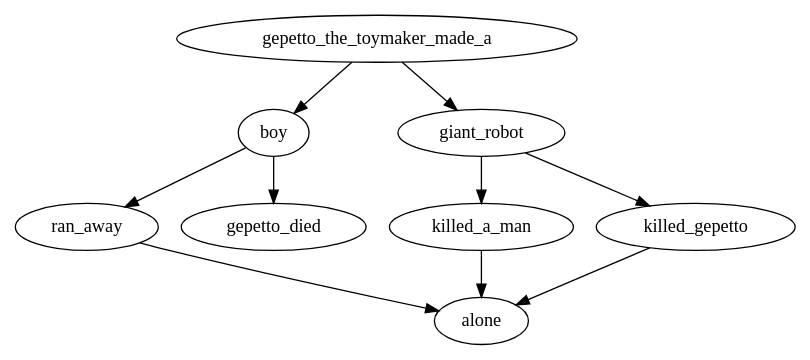
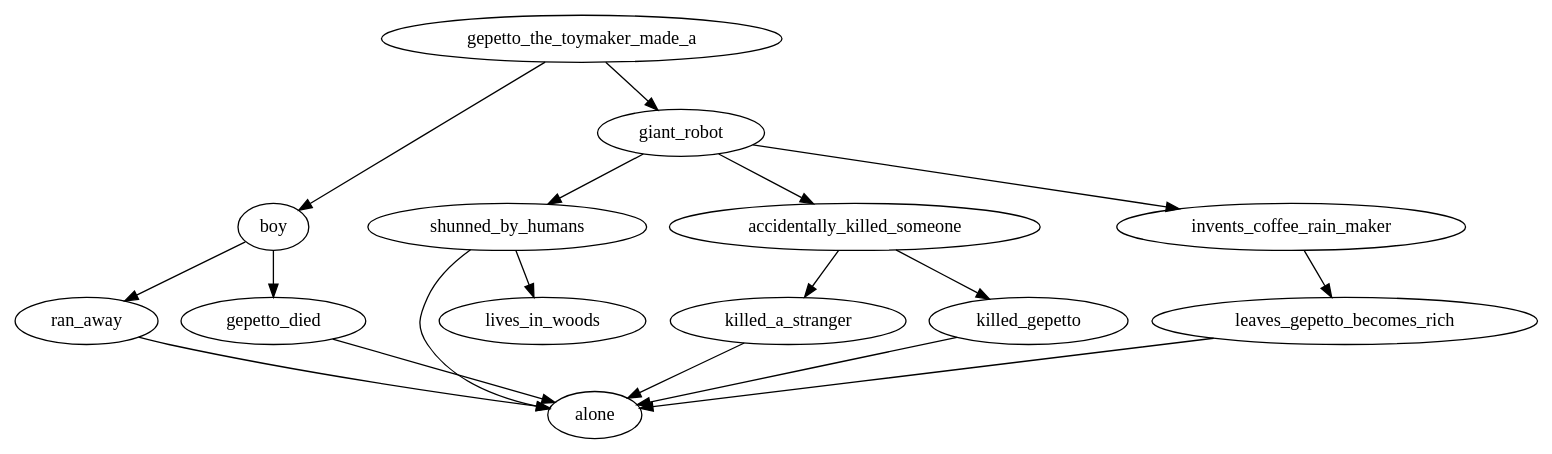
The diagram in web/mygame/scenes/gepetto.dot (ihh/choicescript), drawn with Graphviz before and after one commit. The commit also changed 1 other file, not shown here.

```diff
--- a/web/mygame/scenes/gepetto.dot
+++ b/web/mygame/scenes/gepetto.dot
@@ -1,6 +1,9 @@
 digraph G {
 	gepetto_the_toymaker_made_a -> { boy giant_robot };
 	boy -> ran_away -> alone;
 	boy -> gepetto_died [tooltip="stay with Gepetto"];
-	giant_robot -> { killed_a_man killed_gepetto } -> alone;
+	gepetto_died -> alone;
+	giant_robot -> shunned_by_humans -> { lives_in_woods alone };
+	giant_robot -> accidentally_killed_someone -> { killed_a_stranger killed_gepetto } -> alone;
+	giant_robot -> invents_coffee_rain_maker -> leaves_gepetto_becomes_rich -> alone;
 }
```
